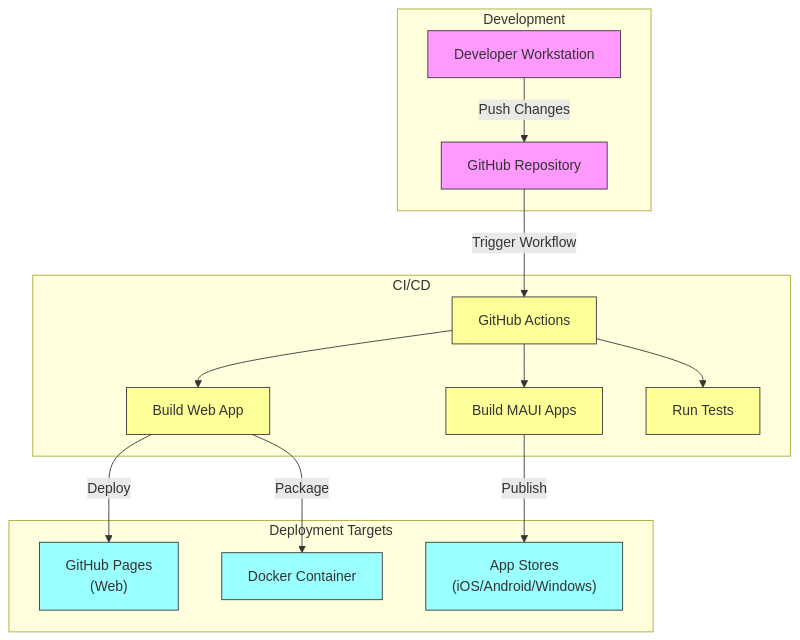
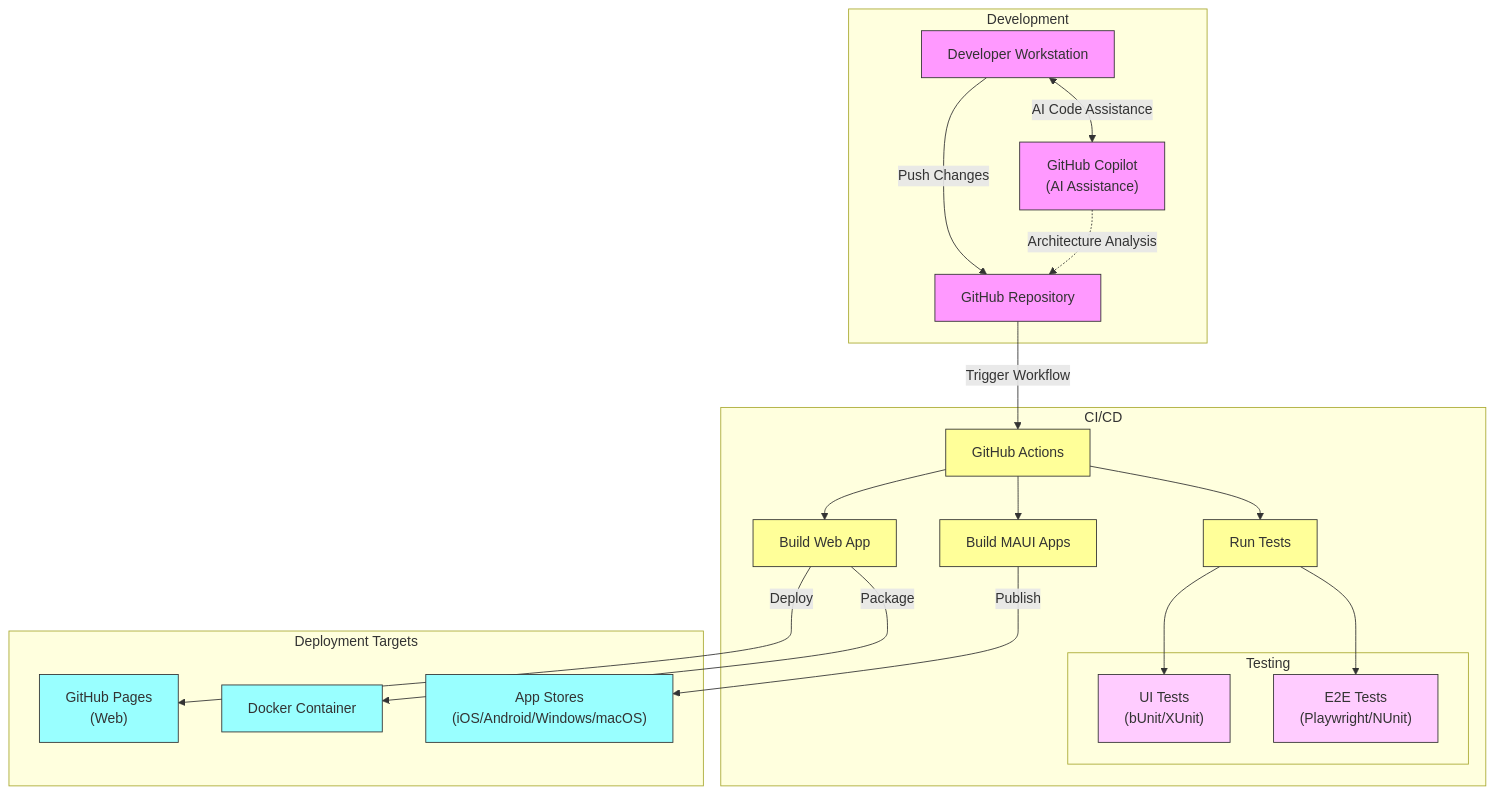
The fourth of 4 diagrams in docs/Architecture.md (ILoveDotNet/ilovedotnet), drawn with Mermaid before and after one commit. The commit also changed other lines of this file, not shown here.

First line of the commit message:
📝 Update architecture documentation with AI-assisted analysis

````diff
--- a/docs/Architecture.md
+++ b/docs/Architecture.md
@@ -201,37 +267,48 @@
 ```mermaid
 flowchart TD
     subgraph "Development"
         Dev["Developer Workstation"]
         GitHub["GitHub Repository"]
+        CopilotExtension["GitHub Copilot<br>(AI Assistance)"]
     end
     
     subgraph "CI/CD"
         Actions["GitHub Actions"]
         BuildWeb["Build Web App"]
         BuildMAUI["Build MAUI Apps"]
         Tests["Run Tests"]
+        subgraph "Testing"
+            UITests["UI Tests<br>(bUnit/XUnit)"]
+            E2ETests["E2E Tests<br>(Playwright/NUnit)"]
+        end
     end
     
     subgraph "Deployment Targets"
         GHPages["GitHub Pages<br>(Web)"]
-        AppStores["App Stores<br>(iOS/Android/Windows)"]
+        AppStores["App Stores<br>(iOS/Android/Windows/macOS)"]
         Docker["Docker Container"]
     end
     
     Dev -->|Push Changes| GitHub
+    Dev <-->|AI Code Assistance| CopilotExtension
+    CopilotExtension -.->|Architecture Analysis| GitHub
     GitHub -->|Trigger Workflow| Actions
     Actions --> BuildWeb
     Actions --> BuildMAUI
     Actions --> Tests
+    Tests --> UITests
+    Tests --> E2ETests
     BuildWeb -->|Deploy| GHPages
     BuildMAUI -->|Publish| AppStores
     BuildWeb -->|Package| Docker
     
     classDef dev fill:#f9f,stroke:#333,stroke-width:1px
     classDef cicd fill:#ff9,stroke:#333,stroke-width:1px
     classDef deploy fill:#9ff,stroke:#333,stroke-width:1px
+    classDef testing fill:#fcf,stroke:#333,stroke-width:1px
     
-    class Dev,GitHub dev
+    class Dev,GitHub,CopilotExtension dev
     class Actions,BuildWeb,BuildMAUI,Tests cicd
     class GHPages,AppStores,Docker deploy
+    class UITests,E2ETests testing
 ```
````
